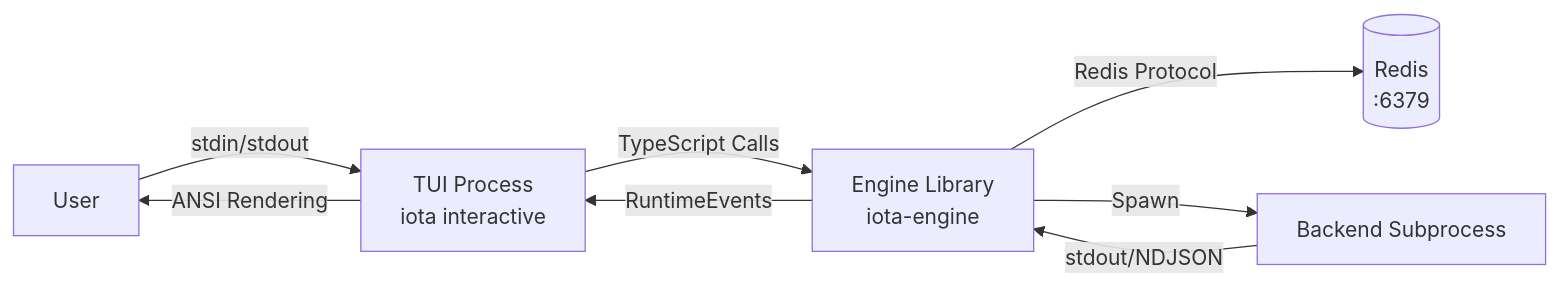
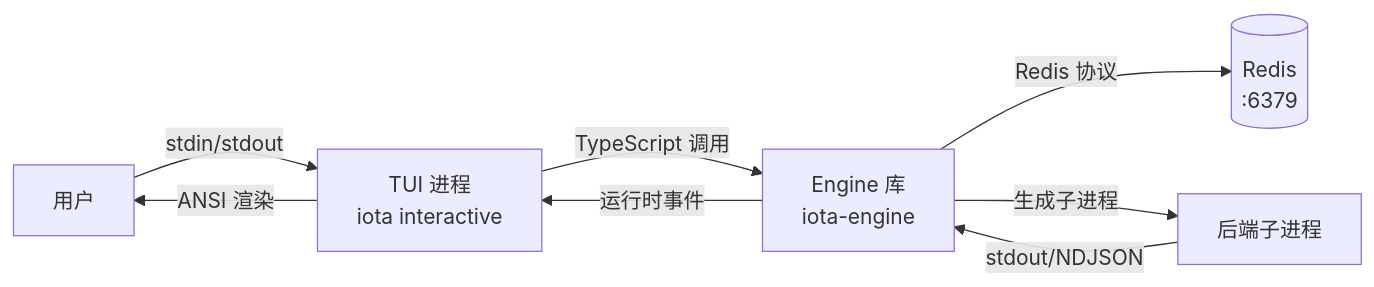
The diagram in docs/guides/02-tui-guide.md (feuyeux/iota), drawn with Mermaid before and after one commit. The commit also changed other lines of this file and 66 other files, not shown here.

````diff
--- a/docs/guides/02-tui-guide.md
+++ b/docs/guides/02-tui-guide.md
@@ -39,10 +39,10 @@
 ```mermaid
 graph LR
-    User[User] -->|stdin/stdout| TUI[TUI Process<br/>iota interactive]
-    TUI -->|TypeScript Calls| Engine[Engine Library<br/>iota-engine]
-    Engine -->|Redis Protocol| Redis[(Redis<br/>:6379)]
-    Engine -->|Spawn| Backend[Backend Subprocess]
+    User[用户] -->|stdin/stdout| TUI[TUI 进程<br/>iota interactive]
+    TUI -->|TypeScript 调用| Engine[Engine 库<br/>iota-engine]
+    Engine -->|Redis 协议| Redis[(Redis<br/>:6379)]
+    Engine -->|生成子进程| Backend[后端子进程]
     Backend -->|stdout/NDJSON| Engine
-    Engine -->|RuntimeEvents| TUI
-    TUI -->|ANSI Rendering| User
+    Engine -->|运行时事件| TUI
+    TUI -->|ANSI 渲染| User
 ```
````
